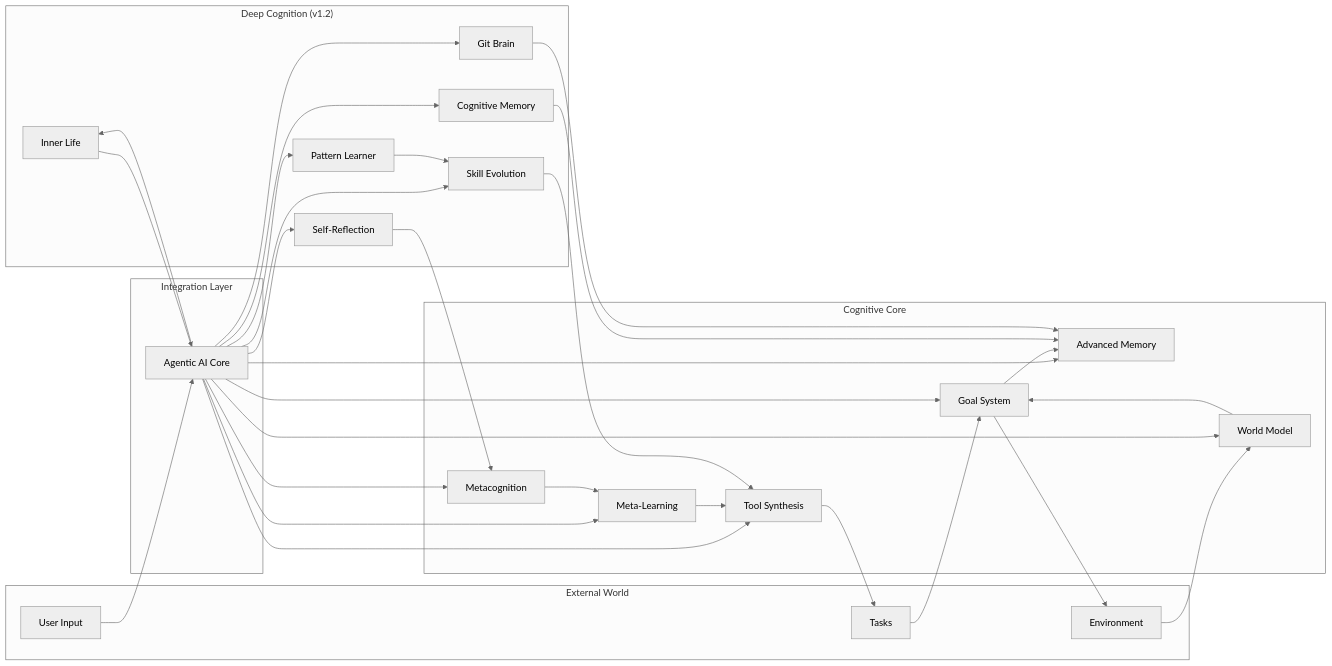
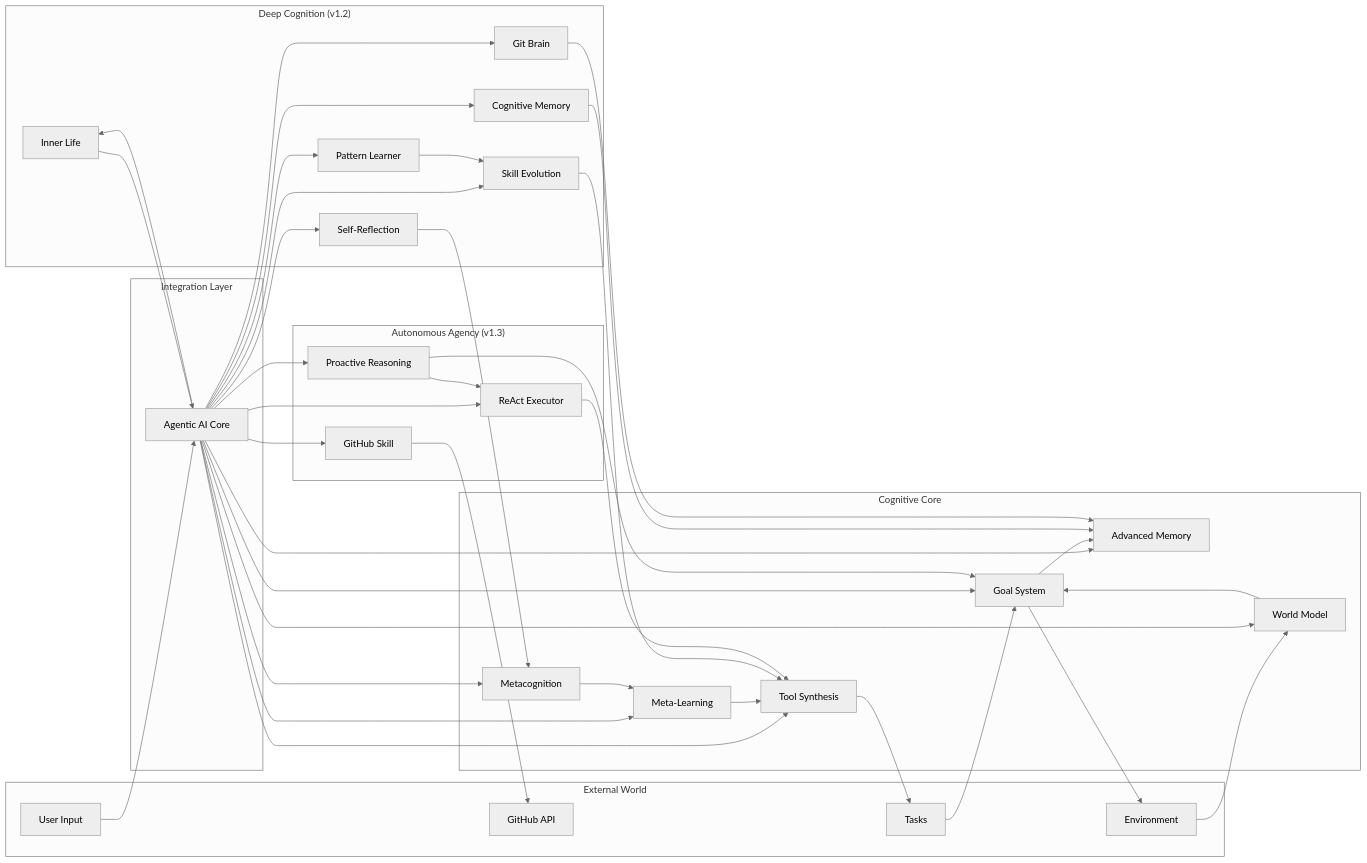
One commit to bistuwangqiyuan/Open-Sable changed the third of 20 diagrams in README.md. Above: the diagram before and after it, drawn with Mermaid (neutral theme). The commit also changed other lines of this file and 13 other files, not shown here.

First line of the commit message:
feat: proactive reasoning + ReAct executor + GitHub integration (v1.3.0)

````diff
--- a/README.md
+++ b/README.md
@@ -649,62 +659,78 @@
 ```mermaid
 graph LR
     subgraph "Cognitive Core"
         G[Goal System]
         M[Advanced Memory]
         ML[Meta-Learning]
         T[Tool Synthesis]
         W[World Model]
         MC[Metacognition]
     end
 
     subgraph "Deep Cognition (v1.2)"
         CM[Cognitive Memory]
         SR[Self-Reflection]
         SE[Skill Evolution]
         GB[Git Brain]
         IL[Inner Life]
         PL[Pattern Learner]
     end
+
+    subgraph "Autonomous Agency (v1.3)"
+        PR[Proactive Reasoning]
+        RE[ReAct Executor]
+        GH[GitHub Skill]
+    end
     
     subgraph "Integration Layer"
         AGENT[Agentic AI Core]
     end
     
     subgraph "External World"
         USER[User Input]
         ENV[Environment]
         TASKS[Tasks]
+        GITHUB[GitHub API]
     end
     
     USER --> AGENT
     ENV --> W
     TASKS --> G
     
     AGENT --> G
     AGENT --> M
     AGENT --> ML
     AGENT --> T
     AGENT --> W
     AGENT --> MC
 
     AGENT --> CM
     AGENT --> SR
     AGENT --> SE
     AGENT --> GB
     AGENT --> IL
     AGENT --> PL
+
+    AGENT --> PR
+    AGENT --> RE
+    AGENT --> GH
     
     G --> M
     ML --> T
     W --> G
     MC --> ML
     CM --> M
     SR --> MC
     SE --> T
     PL --> SE
     IL --> AGENT
     GB --> M
+
+    PR --> RE
+    RE --> T
+    GH --> GITHUB
+    PR --> G
     
     T --> TASKS
     G --> ENV
 ```
````
